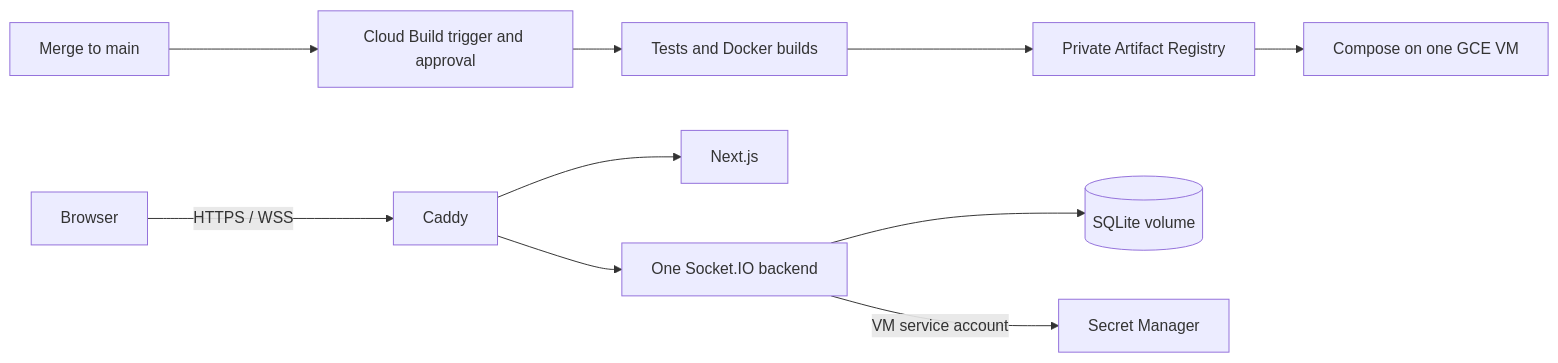
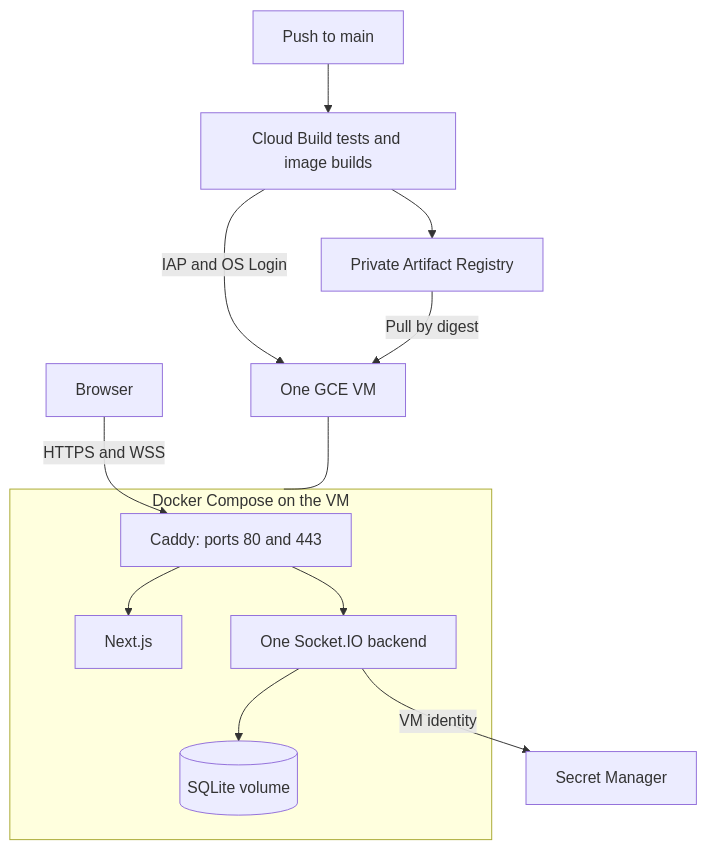
The diagram in docs/deployment.md (Azther0z/computer-network-project), drawn with Mermaid before and after one commit. The commit also changed other lines of this file and 20 other files, not shown here.

Commit message:
docs: consolidate project references and embed diagrams

````diff
--- a/docs/deployment.md
+++ b/docs/deployment.md
@@ -9,12 +5,19 @@
 ```mermaid
-flowchart LR
-    GitHub[Merge to main] --> Trigger[Cloud Build trigger and approval]
-    Trigger --> Build[Tests and Docker builds]
+flowchart TB
+    Main[Push to main] --> Build[Cloud Build tests and image builds]
     Build --> Registry[Private Artifact Registry]
-    Registry --> VM[Compose on one GCE VM]
-    Browser -->|HTTPS / WSS| Caddy
-    Caddy --> Frontend[Next.js]
-    Caddy --> Backend[One Socket.IO backend]
-    Backend --> SQLite[(SQLite volume)]
-    Backend -->|VM service account| Secrets[Secret Manager]
+    Build -->|IAP and OS Login| VM[One GCE VM]
+    Registry -->|Pull by digest| VM
+    subgraph Runtime[Docker Compose on the VM]
+        Caddy[Caddy: ports 80 and 443]
+        UI[Next.js]
+        Backend[One Socket.IO backend]
+        DB[(SQLite volume)]
+        Caddy --> UI
+        Caddy --> Backend
+        Backend --> DB
+    end
+    VM --- Runtime
+    Browser[Browser] -->|HTTPS and WSS| Caddy
+    Backend -->|VM identity| Secret[Secret Manager]
 ```
````
